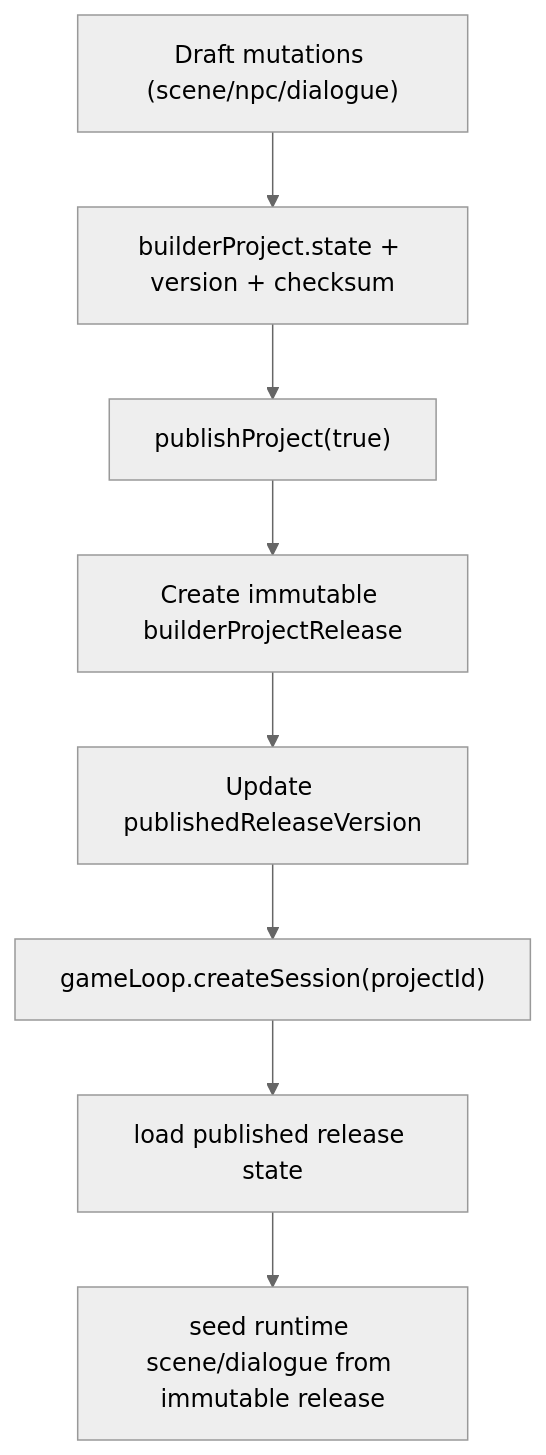
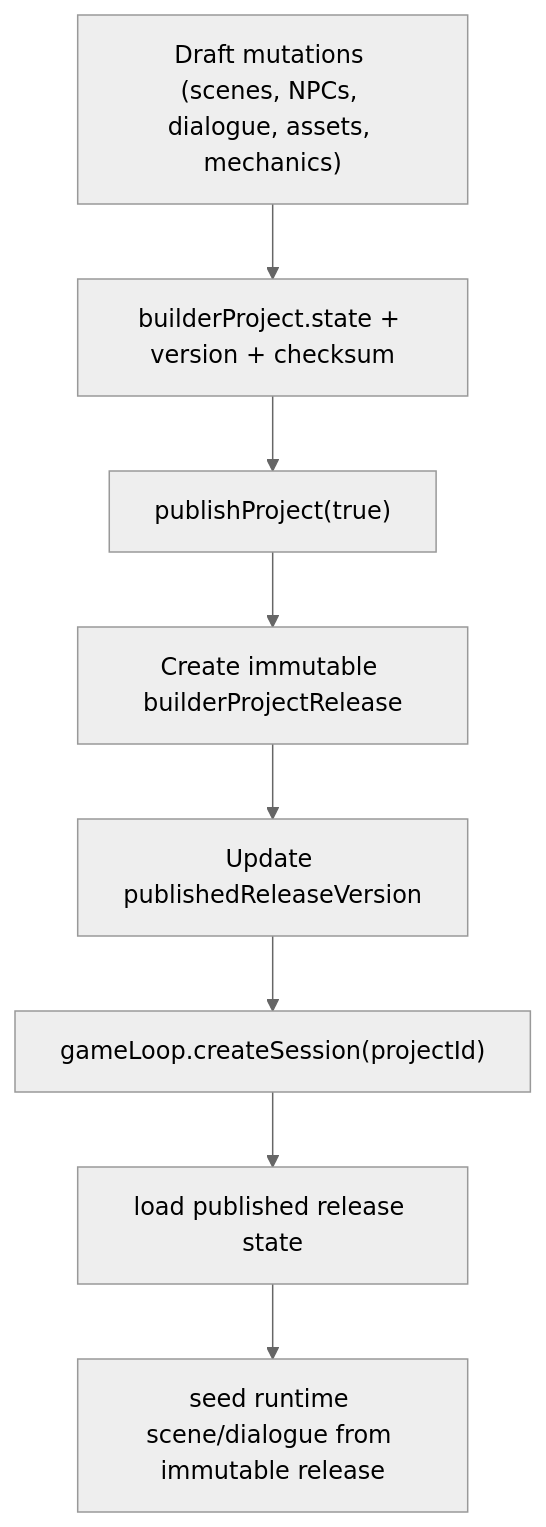
One commit to d4551/tea changed the fourth of 4 diagrams in ARCHITECTURE.md. Above: the diagram before and after it, drawn with Mermaid (neutral theme). The commit also changed other lines of this file and 42 other files, not shown here.

First line of the commit message:
docs: update README and ARCHITECTURE with builder/player loop, platform readiness, mermaid charts

````diff
--- a/ARCHITECTURE.md
+++ b/ARCHITECTURE.md
@@ -132,10 +160,10 @@
 ```mermaid
 flowchart TD
-  DRAFT["Draft mutations (scene/npc/dialogue)"] --> PROJECT["builderProject.state + version + checksum"]
+  DRAFT["Draft mutations (scenes, NPCs, dialogue, assets, mechanics)"] --> PROJECT["builderProject.state + version + checksum"]
   PROJECT --> PUBLISH["publishProject(true)"]
   PUBLISH --> SNAPSHOT["Create immutable builderProjectRelease"]
   SNAPSHOT --> POINTER["Update publishedReleaseVersion"]
   POINTER --> RUNTIME["gameLoop.createSession(projectId)"]
   RUNTIME --> RELEASE["load published release state"]
   RELEASE --> SESSION["seed runtime scene/dialogue from immutable release"]
 ```
````
